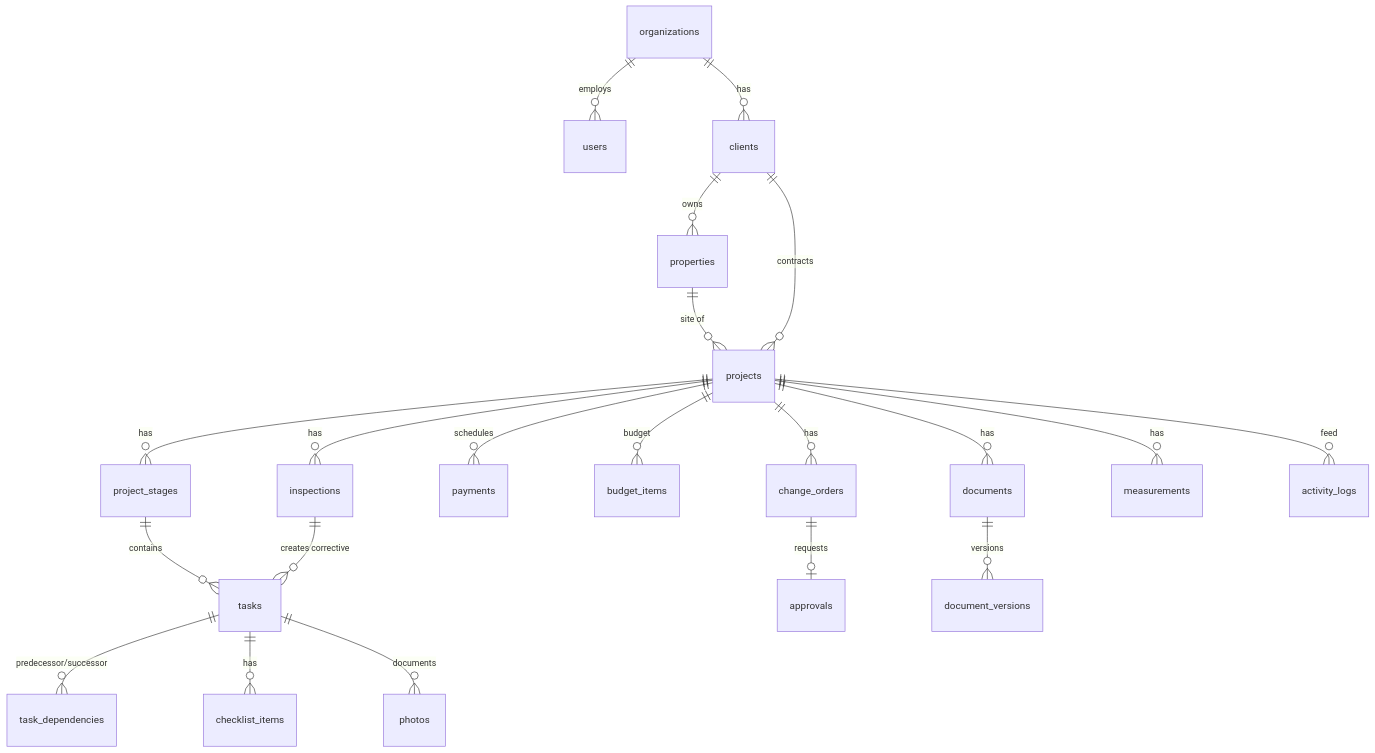
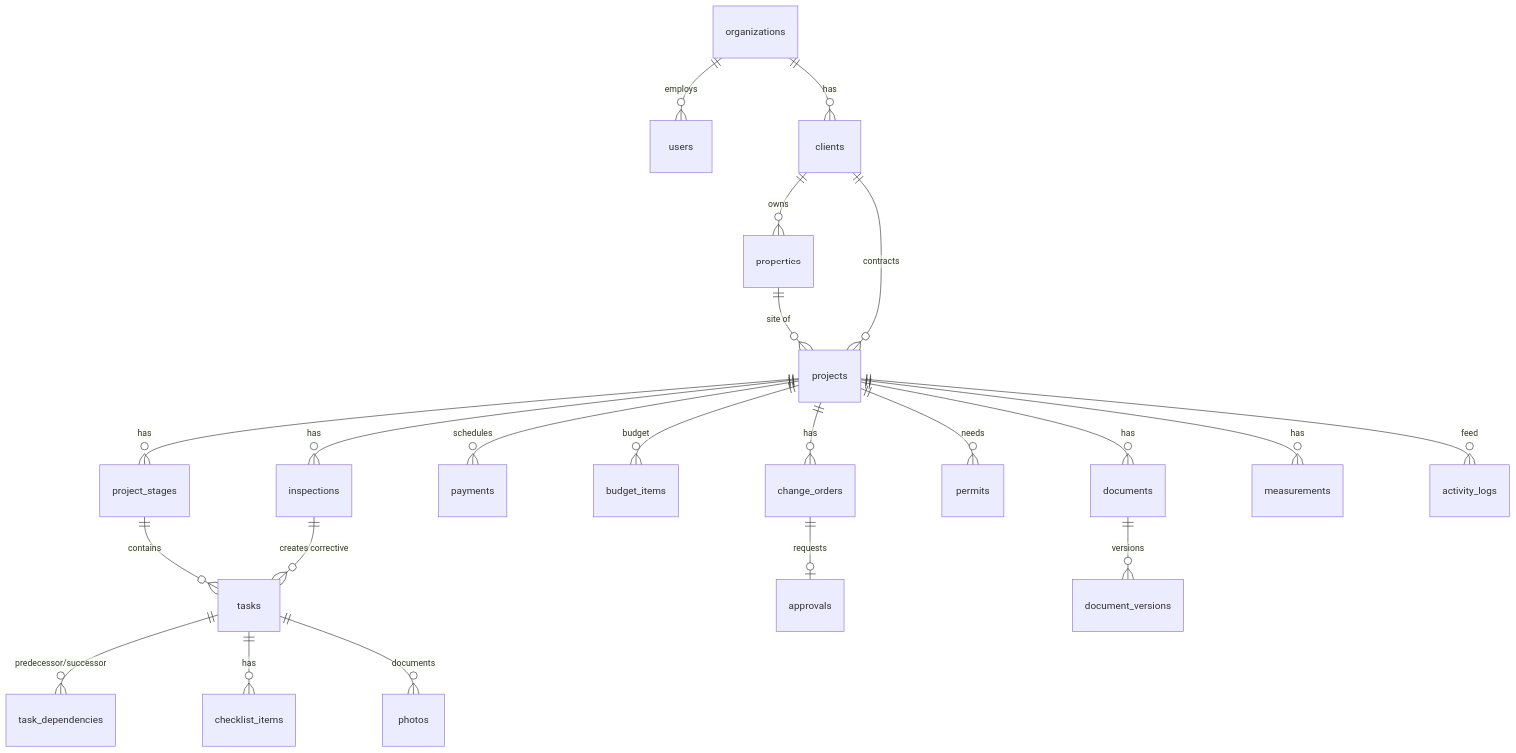
The second of 2 diagrams in docs/architecture.md (hgkf7y4kn6-droid/Pool-Project-Workflow), drawn with Mermaid before and after one commit. The commit also changed other lines of this file and 43 other files, not shown here.

````diff
--- a/docs/architecture.md
+++ b/docs/architecture.md
@@ -122,23 +122,24 @@
 ```mermaid
 erDiagram
   organizations ||--o{ users : employs
   organizations ||--o{ clients : has
   clients ||--o{ properties : owns
   properties ||--o{ projects : "site of"
   clients ||--o{ projects : "contracts"
   projects ||--o{ project_stages : "has"
   project_stages ||--o{ tasks : "contains"
   tasks ||--o{ task_dependencies : "predecessor/successor"
   tasks ||--o{ checklist_items : "has"
   tasks ||--o{ photos : "documents"
   projects ||--o{ change_orders : "has"
   change_orders ||--o| approvals : "requests"
   projects ||--o{ payments : "schedules"
   projects ||--o{ budget_items : "budget"
   projects ||--o{ inspections : "has"
+  projects ||--o{ permits : "needs"
   inspections ||--o{ tasks : "creates corrective"
   projects ||--o{ documents : "has"
   documents ||--o{ document_versions : "versions"
   projects ||--o{ measurements : "has"
   projects ||--o{ activity_logs : "feed"
 ```
````
